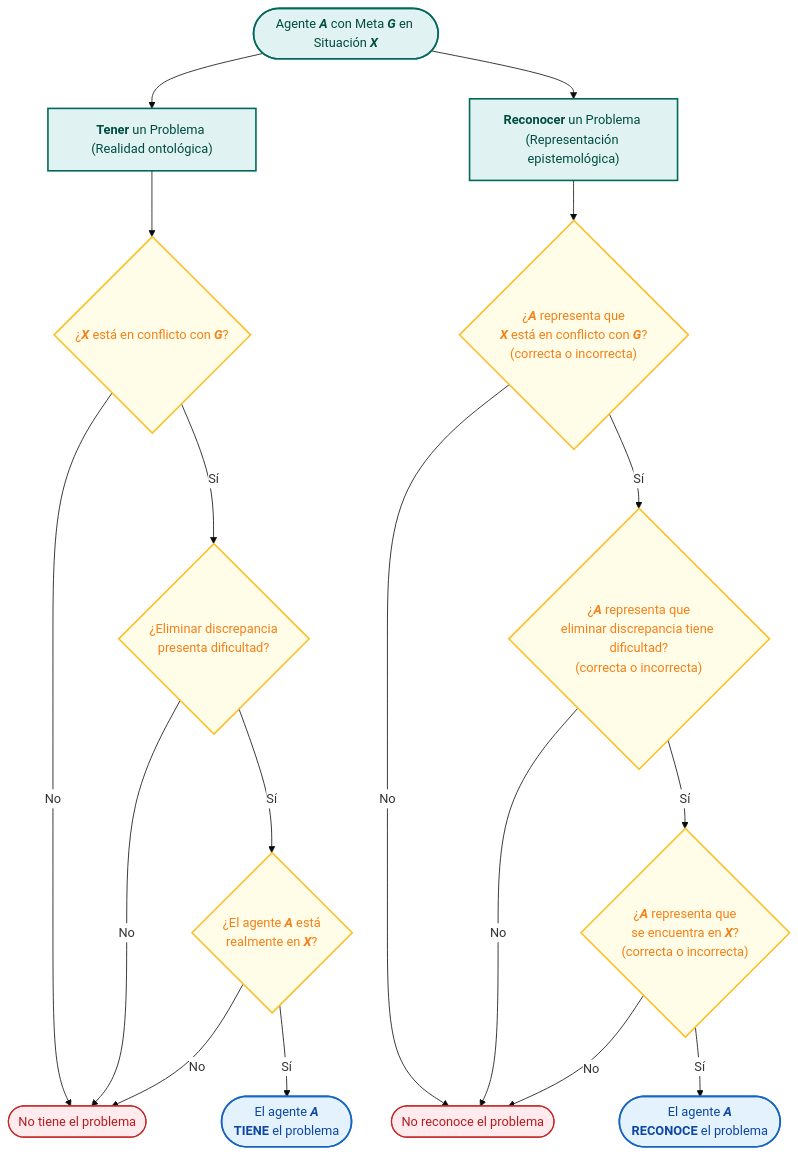
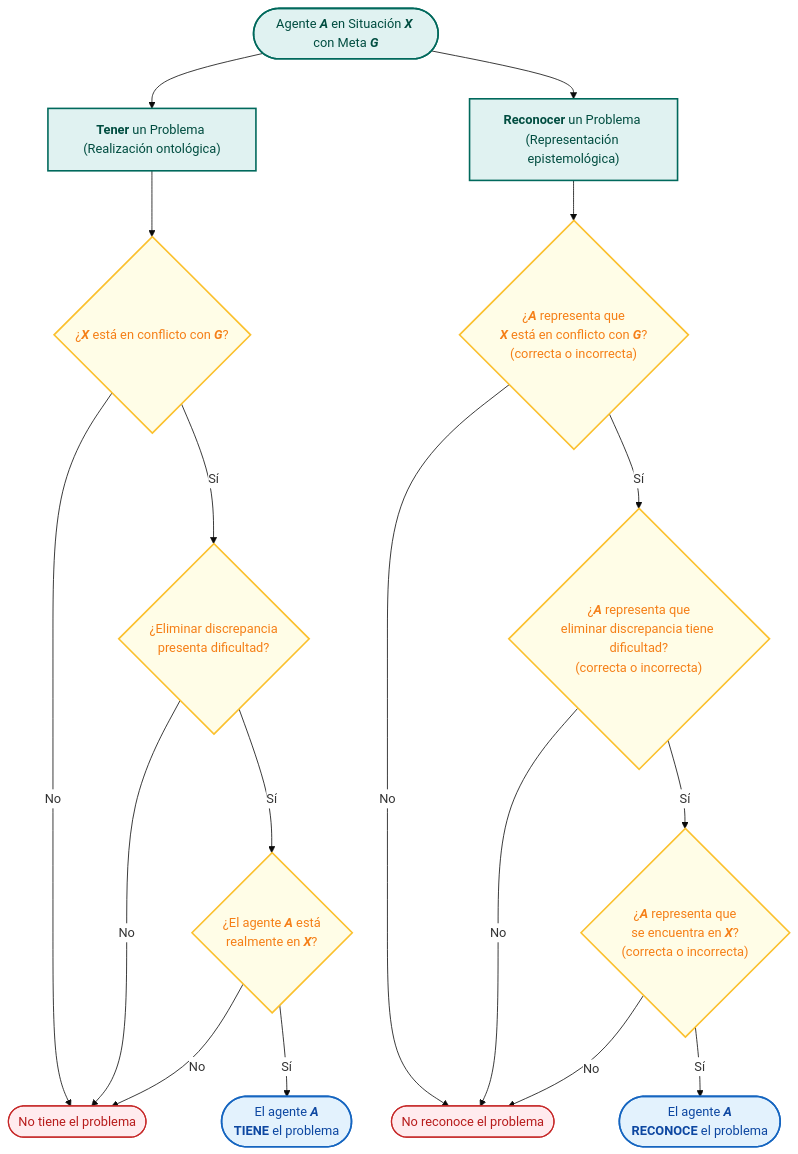
One commit to holafer-cl/webholafer changed the diagram in content/glosario/problema.md. Above: the diagram before and after it, drawn with Mermaid. The commit also changed other lines of this file and 1 other file, not shown here.

````diff
--- a/content/glosario/problema.md
+++ b/content/glosario/problema.md
@@ -30,47 +34,47 @@
 ```mermaid
 %%{init: {'theme': 'base', 'themeVariables': { 'primaryColor': '#e1f5fe', 'edgeLabelBackground':'#ffffff', 'tertiaryColor': '#fff'}}}%%
 flowchart TD
     %% Estilos
     classDef startClass fill:#e0f2f1,stroke:#00695c,stroke-width:2px,color:#004d40;
     classDef diamondClass fill:#fffde7,stroke:#fbc02d,stroke-width:2px,color:#f57f17;
     classDef resultClass fill:#e3f2fd,stroke:#1565c0,stroke-width:2px,color:#0d47a1;
     classDef noClass fill:#ffebee,stroke:#c62828,stroke-width:1.5px,color:#b71c1c;
 
     %% Cúspide: Elementos base independientes
-    Start(["Agente <b><i>A</i></b> con Meta <b><i>G</i></b> en Situación <b><i>X</i></b>"]):::startClass
+    Start(["Agente <b><i>A</i></b> en Situación <b><i>X</i></b> con Meta <b><i>G</i></b>"]):::startClass
     
     Start --> Branch1 & Branch2
 
     %% --- RAMA IZQUIERDA: TENER UN PROBLEMA ---
-    Branch1["<b>Tener</b> un Problema (Realidad ontológica)"]:::startClass
+    Branch1["<b>Tener</b> un Problema (Realización ontológica)"]:::startClass
     Branch1 --> D1
 
     D1{"¿<b><i>X</i></b> está en conflicto con <b><i>G</i></b>?"}:::diamondClass
     D1 -- No --> EndNo1(["No tiene el problema"]):::noClass
     D1 -- Sí --> D2
     
     D2{"¿Eliminar discrepancia<br/>presenta dificultad?"}:::diamondClass
     D2 -- No --> EndNo1
     D2 -- Sí --> D3
     
     D3{"¿El agente <b><i>A</i></b> está<br/>realmente en <b><i>X</i></b>?"}:::diamondClass
     D3 -- No --> EndNo1
     D3 -- Sí --> Res1(["El agente <b><i>A</i></b><br/><b>TIENE</b> el problema"]):::resultClass
 
 
     %% --- RAMA DERECHA: RECONOCER UN PROBLEMA ---
     Branch2["<b>Reconocer</b> un Problema (Representación epistemológica)"]:::startClass
     Branch2 --> E1
 
     E1{"¿<b><i>A</i></b> representa que<br/><b><i>X</i></b> está en conflicto con <b><i>G</i></b>?<br/>(correcta o incorrecta)"}:::diamondClass
     E1 -- No --> EndNo2(["No reconoce el problema"]):::noClass
     E1 -- Sí --> E2
     
     E2{"¿<b><i>A</i></b> representa que<br/>eliminar discrepancia tiene dificultad?<br/>(correcta o incorrecta)"}:::diamondClass
     E2 -- No --> EndNo2
     E2 -- Sí --> E3
     
     E3{"¿<b><i>A</i></b> representa que<br/>se encuentra en <b><i>X</i></b>?<br/>(correcta o incorrecta)"}:::diamondClass
     E3 -- No --> EndNo2
     E3 -- Sí --> Res2(["El agente <b><i>A</i></b><br/><b>RECONOCE</b> el problema"]):::resultClass
 ```
````
